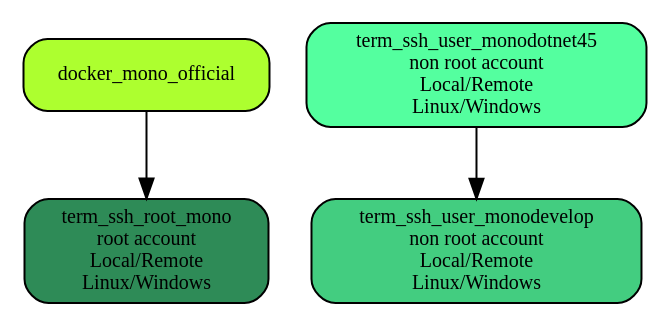
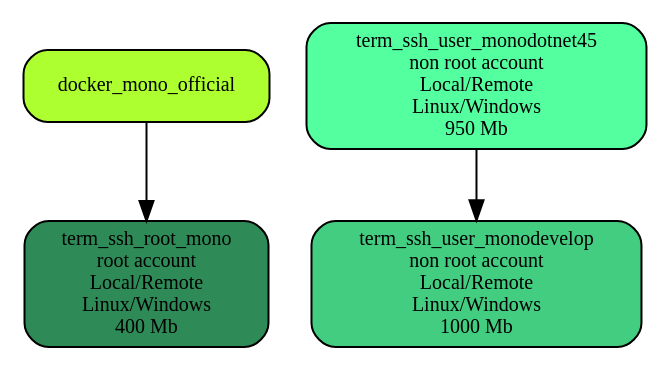
One commit to marchandd/docker_index changed the diagram in graph2.dot. Above: the diagram before and after it, drawn with Graphviz. The commit also changed 10 other files, not shown here.

```diff
--- a/graph2.dot
+++ b/graph2.dot
@@ -1,9 +1,9 @@
 digraph docker
 {
  "mono" [label="docker_mono_official",shape=box,fillcolor="greenyellow",style="filled,rounded", fontsize="10.0"];
- "term_ssh_root_mono" [label="term_ssh_root_mono\nroot account\nLocal/Remote\nLinux/Windows",shape=box,fillcolor="seagreen",style="filled,rounded", fontsize="10.0"];
- "term_ssh_user_monodotnet45" [label="term_ssh_user_monodotnet45\nnon root account\nLocal/Remote\nLinux/Windows",shape=box,fillcolor="seagreen1",style="filled,rounded", fontsize="10.0"];
- "term_ssh_user_monodevelop" [label="term_ssh_user_monodevelop\nnon root account\nLocal/Remote\nLinux/Windows",shape=box,fillcolor="seagreen3",style="filled,rounded", fontsize="10.0"];
+ "term_ssh_root_mono" [label="term_ssh_root_mono\nroot account\nLocal/Remote\nLinux/Windows\n400 Mb",shape=box,fillcolor="seagreen",style="filled,rounded", fontsize="10.0"];
+ "term_ssh_user_monodotnet45" [label="term_ssh_user_monodotnet45\nnon root account\nLocal/Remote\nLinux/Windows\n950 Mb",shape=box,fillcolor="seagreen1",style="filled,rounded", fontsize="10.0"];
+ "term_ssh_user_monodevelop" [label="term_ssh_user_monodevelop\nnon root account\nLocal/Remote\nLinux/Windows\n1000 Mb",shape=box,fillcolor="seagreen3",style="filled,rounded", fontsize="10.0"];
  "mono" -> "term_ssh_root_mono"
  "term_ssh_user_monodotnet45" -> "term_ssh_user_monodevelop";
 }
```
